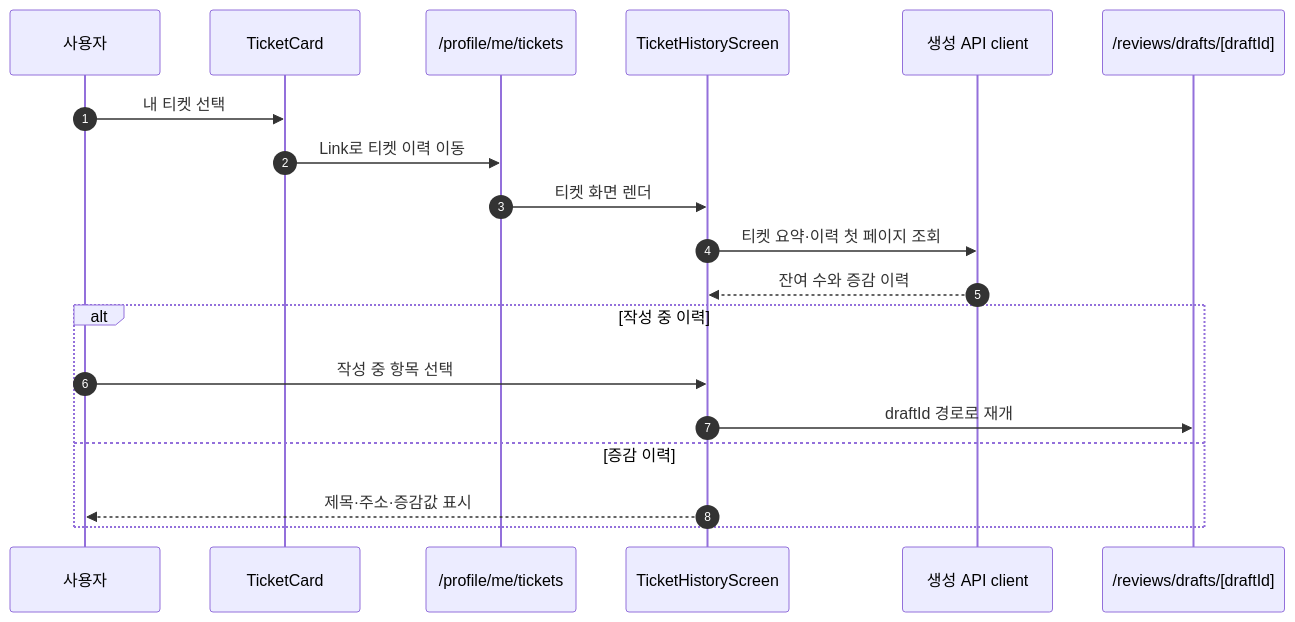
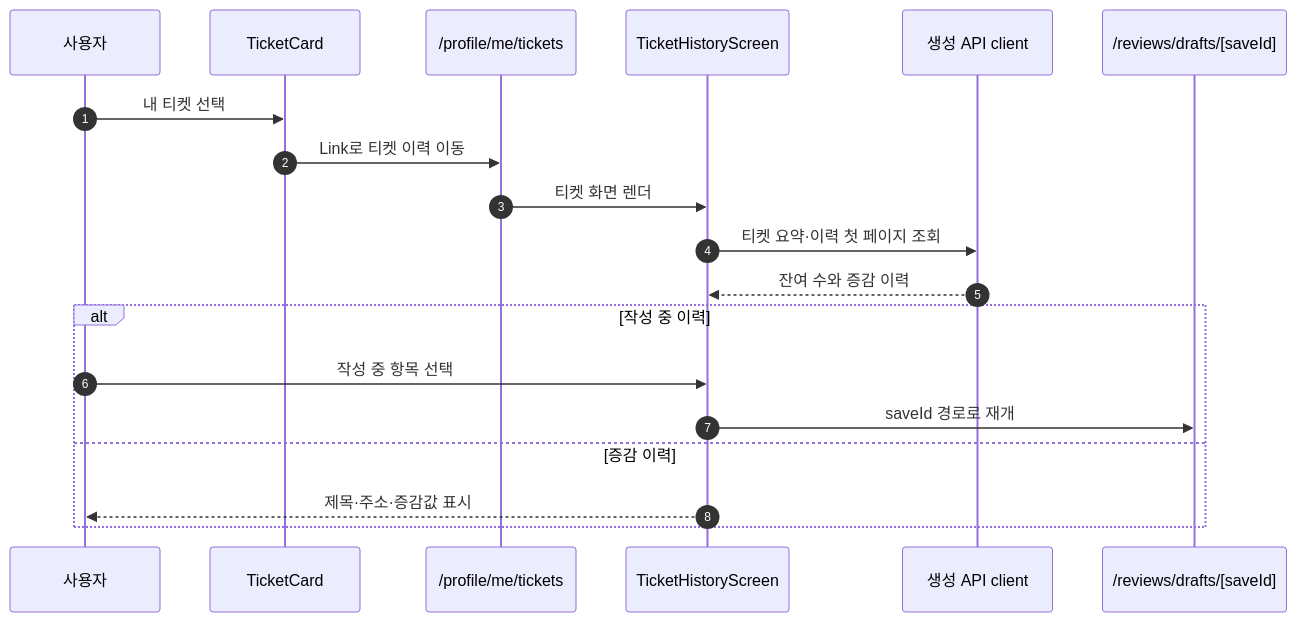
The third of 4 diagrams in docs/profile-flow-design.md (mash-up-kr/TMT-FE), drawn with Mermaid before and after one commit. The commit also changed other lines of this file and 8 other files, not shown here.

````diff
--- a/docs/profile-flow-design.md
+++ b/docs/profile-flow-design.md
@@ -184,22 +188,22 @@
 ```mermaid
 sequenceDiagram
     autonumber
     participant U as 사용자
     participant C as TicketCard
     participant R as /profile/me/tickets
     participant TS as TicketHistoryScreen
     participant API as 생성 API client
-    participant D as /reviews/drafts/[draftId]
+    participant D as /reviews/drafts/[saveId]
 
     U->>C: 내 티켓 선택
     C->>R: Link로 티켓 이력 이동
     R->>TS: 티켓 화면 렌더
     TS->>API: 티켓 요약·이력 첫 페이지 조회
     API-->>TS: 잔여 수와 증감 이력
     alt 작성 중 이력
         U->>TS: 작성 중 항목 선택
-        TS->>D: draftId 경로로 재개
+        TS->>D: saveId 경로로 재개
     else 증감 이력
         TS-->>U: 제목·주소·증감값 표시
     end
 ```
````
